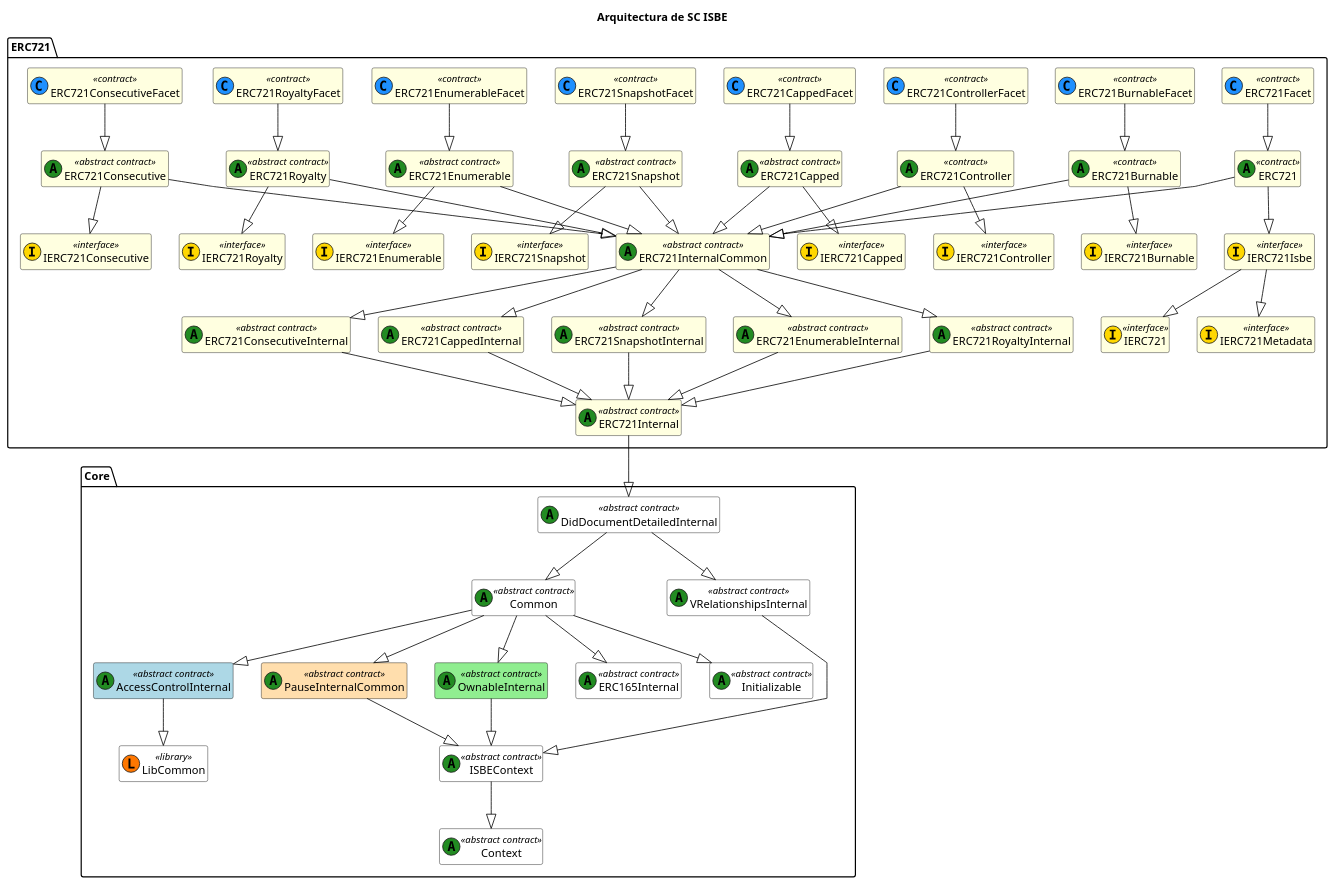
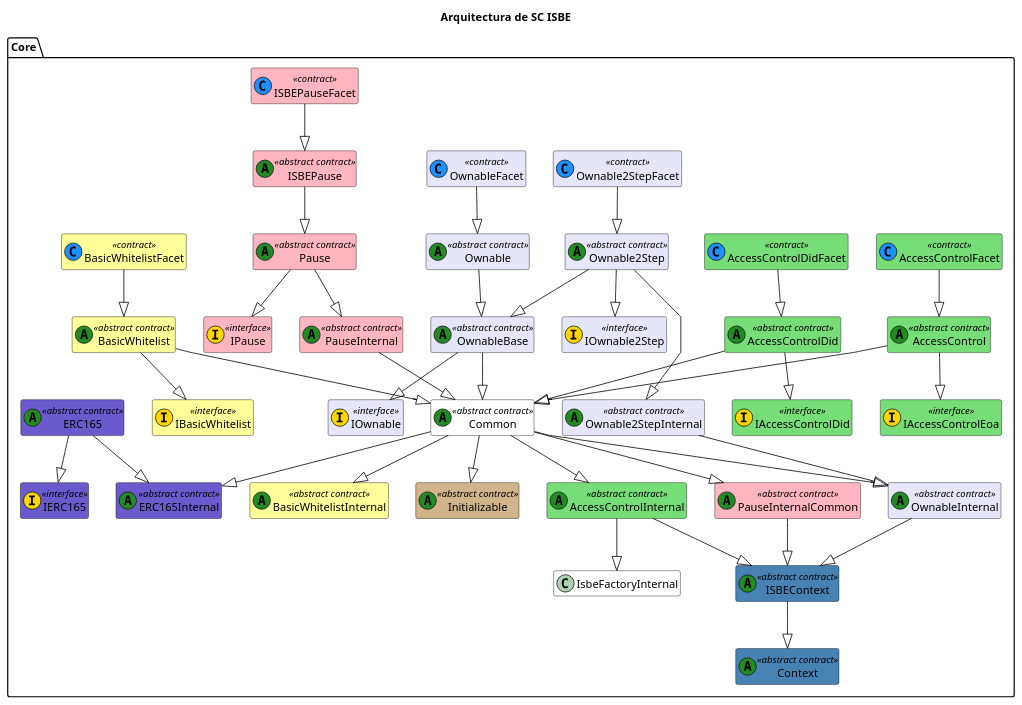
Before and after one commit to red-isbe/isbe-contracts: the diagram in docs/diagrams/ISBE-SC-UML-Global-Functional_1.puml, drawn with PlantUML. The commit also changed 18 other files, not shown here.

Commit message:
Update hierarchy relationship and uml diagrams to reflect current state (#361)

```diff
--- a/docs/diagrams/ISBE-SC-UML-Global-Functional_1.puml
+++ b/docs/diagrams/ISBE-SC-UML-Global-Functional_1.puml
@@ -1,128 +1,116 @@
 @startuml
 title Arquitectura de SC ISBE
 
 skinparam class {
     BackgroundColor White
     ArrowColor Black
     BorderColor Black
 }
 skinparam linetype polyline
 hide empty members
 
 ' === CORE ===
 package "Core" {
-    class Initializable <<(A,#228b22) abstract contract>>
     class Common <<(A,#228b22) abstract contract>>
-    class LibCommon << (L,#FF7700) library >>
-    class ISBEContext <<(A,#228b22) abstract contract>>
-    class DidDocumentDetailedInternal <<(A,#228b22) abstract contract>>
-    class VRelationshipsInternal <<(A,#228b22) abstract contract>>
-    class AccessControlInternal <<(A,#228b22) abstract contract>> #lightblue
-    class PauseInternalCommon <<(A,#228b22) abstract contract>> #FFDEAD
-    class OwnableInternal <<(A,#228b22) abstract contract>> #lightgreen
-    class ERC165Internal <<(A,#228b22) abstract contract>>
-    class Context <<(A,#228b22) abstract contract>>
+    Common--|> ERC165Internal
+    Common--|> AccessControlInternal 
+    Common--|> OwnableInternal
+    Common--|> BasicWhitelistInternal
+    Common--|> PauseInternalCommon
+    
 
-    DidDocumentDetailedInternal --|> Common
-    DidDocumentDetailedInternal --|> VRelationshipsInternal 
+     ' --- Context---
+    class ISBEContext <<(A,#228b22) abstract contract>> #4682B4
+    class Context <<(A,#228b22) abstract contract>> #4682B4
+    ISBEContext --|> Context
+ 
+
+    ' --- AccessControl---
+    class IAccessControlEoa<<(I,#FFD700) interface>> #77DD77
+    class IAccessControlDid<<(I,#FFD700) interface>> #77DD77
+    class AccessControlInternal <<(A,#228B22) abstract contract>> #77DD77
+    class AccessControl <<(A,#228B22) abstract contract>> #77DD77
+    class AccessControlDid<<(A,#228B22) abstract contract>> #77DD77
+    class AccessControlFacet<<(C,#1E90FF) contract>> #77DD77
+    class AccessControlDidFacet<<(C,#1E90FF) contract>> #77DD77
+
+    AccessControlFacet--|> AccessControl 
+    AccessControl --|> IAccessControlEoa
+    AccessControl --|> Common
+    AccessControlDidFacet--|> AccessControlDid
+    AccessControlDid--|> IAccessControlDid
+    AccessControlDid--|> Common
+    
+    AccessControlInternal --|> ISBEContext
+    AccessControlInternal --|> IsbeFactoryInternal
+
+    ' --- Ownable---
+    class IOwnable<<(I,#FFD700) interface>> #E6E6FA
+    class IOwnable2Step<<(I,#FFD700) interface>> #E6E6FA
+    class Ownable2StepInternal <<(A,#228B22) abstract contract>> #E6E6FA
+    class OwnableInternal<<(A,#228B22) abstract contract>> #E6E6FA
+
+    class OwnableBase<<(A,#228B22) abstract contract>> #E6E6FA
+    class Ownable<<(A,#228B22) abstract contract>> #E6E6FA
+    class Ownable2Step<<(A,#228B22) abstract contract>> #E6E6FA
+
+    class OwnableFacet<<(C,#1E90FF) contract>> #E6E6FA
+    class Ownable2StepFacet<<(C,#1E90FF) contract>> #E6E6FA
+
+
+    Ownable--|> OwnableBase
+    Ownable2Step--|> IOwnable2Step
+    Ownable2Step--|> OwnableBase
+    Ownable2Step--|> Ownable2StepInternal
+    Ownable2StepFacet--|> Ownable2Step
+    Ownable2StepInternal--|> OwnableInternal
+    OwnableBase--|> IOwnable
+    OwnableBase--|> Common
+    OwnableFacet--|> Ownable
+    OwnableInternal--|> ISBEContext
+    
+
+   ' --- BasicWhitelist---
+    class IBasicWhitelist<<(I,#FFD700) interface>> #FFFF99
+    class BasicWhitelistInternal<<(A,#228B22) abstract contract>> #FFFF99
+    class BasicWhitelist<<(A,#228B22) abstract contract>> #FFFF99
+    class BasicWhitelistFacet<<(C,#1E90FF) contract>> #FFFF99
+
+    BasicWhitelistFacet--|> BasicWhitelist
+    BasicWhitelist--|> IBasicWhitelist
+    BasicWhitelist--|> Common
+
+
+    ' --- Pause---
+    class IPause<<(I,#FFD700) interface>> #FFB6C1
+    class ISBEPause<<(A,#228B22) abstract contract>> #FFB6C1
+    class Pause<<(A,#228B22) abstract contract>> #FFB6C1
+    class PauseInternal<<(A,#228B22) abstract contract>> #FFB6C1
+    class PauseInternalCommon<<(A,#228B22) abstract contract>> #FFB6C1
+    class ISBEPauseFacet<<(C,#1E90FF) contract>> #FFB6C1
+    
+    ISBEPause--|> Pause
+    ISBEPauseFacet--|> ISBEPause
+    Pause--|> IPause
+    Pause--|> PauseInternal
+    PauseInternal--|> Common
+    PauseInternalCommon--|> ISBEContext
+    
+
+   ' --- 165---
+    class IERC165<<(I,#FFD700) interface>> #6A5ACD
+    class ERC165Internal<<(A,#228B22) abstract contract>> #6A5ACD
+    class ERC165<<(A,#228B22) abstract contract>> #6A5ACD
+
+    ERC165--|> IERC165
+    ERC165--|> ERC165Internal
+    
+
+    ' --- Initializable---
+    class Initializable<<(A,#228B22) abstract contract>> #D2B48C
+
     Common --|> Initializable
-    Common --|> ERC165Internal
-    Common --|> AccessControlInternal
-    Common --|> OwnableInternal
-    Common --|> PauseInternalCommon
-    VRelationshipsInternal--|> ISBEContext
-    PauseInternalCommon --|> ISBEContext
-    OwnableInternal --|> ISBEContext
-    ISBEContext --|> Context
-    AccessControlInternal --|> LibCommon
-}
 
-' === ERC721 ===
-package "ERC721" {
-    class IERC721 <<(I,#FFD700) interface>> #FFFFE0
-    class IERC721Metadata <<(I,#FFD700) interface>> #FFFFE0
-    class IERC721Isbe <<(I,#FFD700) interface>> #FFFFE0  
-    class ERC721Internal <<(A,#228B22) abstract contract>> #FFFFE0
-    class ERC721InternalCommon <<(A,#228B22) abstract contract>> #FFFFE0
-    class ERC721 <<(A,#228B22) contract>> #FFFFE0
-    class ERC721Facet <<(C,#1E90FF) contract>> #FFFFE0
 
-    ERC721 --|> IERC721Isbe
-    IERC721Isbe--|> IERC721
-    IERC721Isbe--|> IERC721Metadata
-    ERC721 --|> ERC721InternalCommon
-    ERC721Internal --|> DidDocumentDetailedInternal 
-    ERC721Facet --|> ERC721
-
-    class IERC721Burnable <<(I,#FFD700) interface>> #FFFFE0
-    class ERC721Burnable <<(A,#228B22) contract>> #FFFFE0
-    class ERC721BurnableFacet <<(C,#1E90FF) contract>> #FFFFE0
-
-    ERC721BurnableFacet --|> ERC721Burnable
-    ERC721Burnable --|> IERC721Burnable
-    ERC721Burnable --|> ERC721InternalCommon
-
-    class IERC721Controller <<(I,#FFD700) interface>> #FFFFE0
-    class ERC721Controller <<(A,#228B22) contract>> #FFFFE0
-    class ERC721ControllerFacet <<(C,#1E90FF) contract>> #FFFFE0
-
-    ERC721ControllerFacet --|> ERC721Controller
-    ERC721Controller --|> IERC721Controller
-    ERC721Controller --|> ERC721InternalCommon
-
-    class IERC721Capped <<(I,#FFD700) interface>> #FFFFE0
-    class ERC721CappedInternal <<(A,#228B22) abstract contract>> #FFFFE0
-    class ERC721Capped <<(A,#228B22) abstract contract>> #FFFFE0
-    class ERC721CappedFacet <<(C,#1E90FF) contract>> #FFFFE0
- 
-    ERC721CappedFacet --|> ERC721Capped
-    ERC721Capped --|> IERC721Capped
-    ERC721Capped --|> ERC721InternalCommon
-    ERC721InternalCommon --|> ERC721CappedInternal
-    ERC721CappedInternal --|> ERC721Internal
-
-    class IERC721Snapshot <<(I,#FFD700) interface>> #FFFFE0
-    class ERC721SnapshotInternal <<(A,#228B22) abstract contract>> #FFFFE0
-    class ERC721Snapshot <<(A,#228B22) abstract contract>> #FFFFE0
-    class ERC721SnapshotFacet <<(C,#1E90FF) contract>> #FFFFE0
-    
-    ERC721SnapshotFacet --|> ERC721Snapshot
-    ERC721Snapshot --|> IERC721Snapshot
-    ERC721Snapshot --|> ERC721InternalCommon
-    ERC721InternalCommon --|> ERC721SnapshotInternal
-    ERC721SnapshotInternal --|> ERC721Internal
-
-    class IERC721Enumerable <<(I,#FFD700) interface>> #FFFFE0
-    class ERC721EnumerableInternal <<(A,#228B22) abstract contract>> #FFFFE0
-    class ERC721Enumerable <<(A,#228B22) abstract contract>> #FFFFE0
-    class ERC721EnumerableFacet <<(C,#1E90FF) contract>> #FFFFE0
-
-    ERC721EnumerableFacet --|> ERC721Enumerable
-    ERC721Enumerable --|> IERC721Enumerable
-    ERC721Enumerable --|> ERC721InternalCommon
-    ERC721InternalCommon --|> ERC721EnumerableInternal
-    ERC721EnumerableInternal --|> ERC721Internal
-
-    class IERC721Royalty <<(I,#FFD700) interface>> #FFFFE0
-    class ERC721RoyaltyInternal <<(A,#228B22) abstract contract>> #FFFFE0
-    class ERC721Royalty <<(A,#228B22) abstract contract>> #FFFFE0
-    class ERC721RoyaltyFacet <<(C,#1E90FF) contract>> #FFFFE0
-    
-    ERC721RoyaltyFacet --|> ERC721Royalty
-    ERC721Royalty --|> IERC721Royalty
-    ERC721Royalty --|> ERC721InternalCommon
-    ERC721InternalCommon --|> ERC721RoyaltyInternal
-    ERC721RoyaltyInternal --|> ERC721Internal
-
-    class IERC721Consecutive <<(I,#FFD700) interface>> #FFFFE0
-    class ERC721ConsecutiveInternal <<(A,#228B22) abstract contract>> #FFFFE0
-    class ERC721Consecutive <<(A,#228B22) abstract contract>> #FFFFE0
-    class ERC721ConsecutiveFacet <<(C,#1E90FF) contract>> #FFFFE0
-
-    ERC721ConsecutiveFacet --|> ERC721Consecutive
-    ERC721Consecutive --|> IERC721Consecutive
-    ERC721Consecutive --|> ERC721InternalCommon
-    ERC721InternalCommon --|> ERC721ConsecutiveInternal
-    ERC721ConsecutiveInternal --|> ERC721Internal
 }
 @enduml
```
